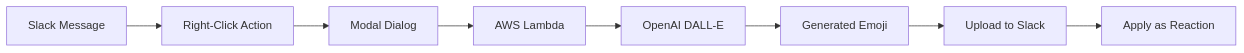
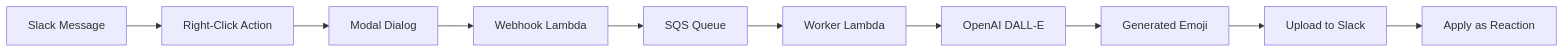
One commit to willtech3/emoji-smith changed the diagram in README.md. Above: the diagram before and after it, drawn with Mermaid. The commit also changed other lines of this file and 11 other files, not shown here.

````diff
--- a/README.md
+++ b/README.md
@@ -19,10 +19,12 @@
 ```mermaid
 graph LR
     A[Slack Message] --> B[Right-Click Action]
     B --> C[Modal Dialog]
-    C --> D[AWS Lambda]
-    D --> E[OpenAI DALL-E]
-    E --> F[Generated Emoji]
-    F --> G[Upload to Slack]
-    G --> H[Apply as Reaction]
+    C --> D[Webhook Lambda]
+    D --> E[SQS Queue]
+    E --> F[Worker Lambda]
+    F --> G[OpenAI DALL-E]
+    G --> H[Generated Emoji]
+    H --> I[Upload to Slack]
+    I --> J[Apply as Reaction]
 ```
````
